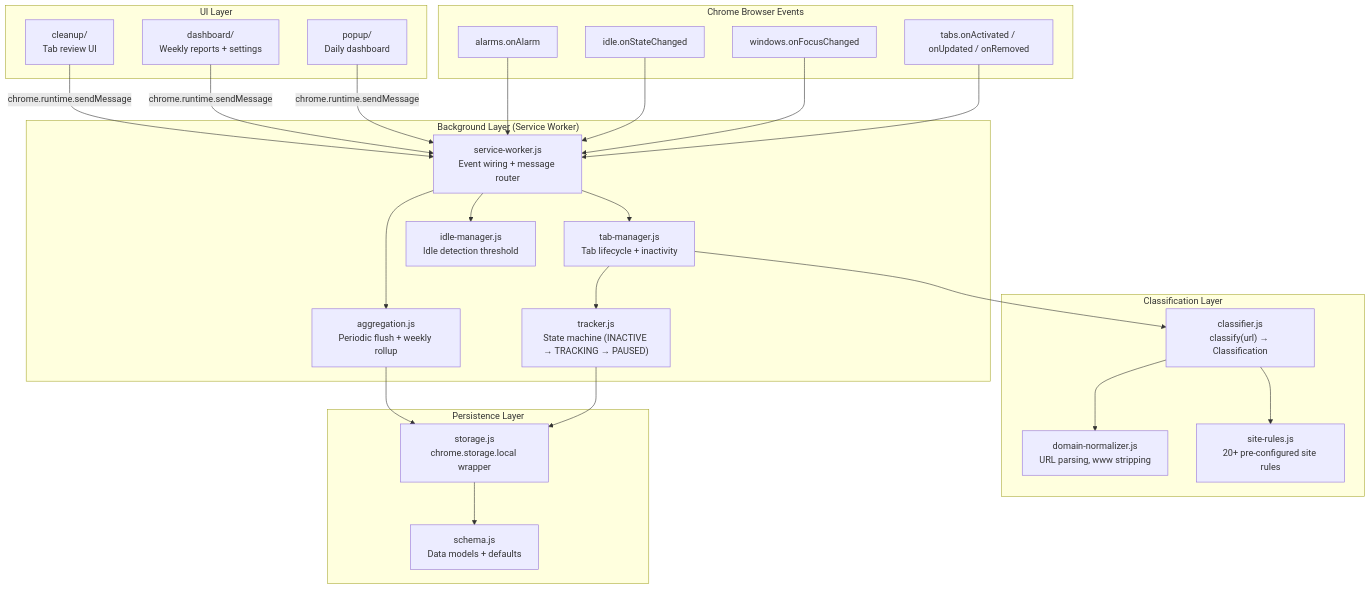
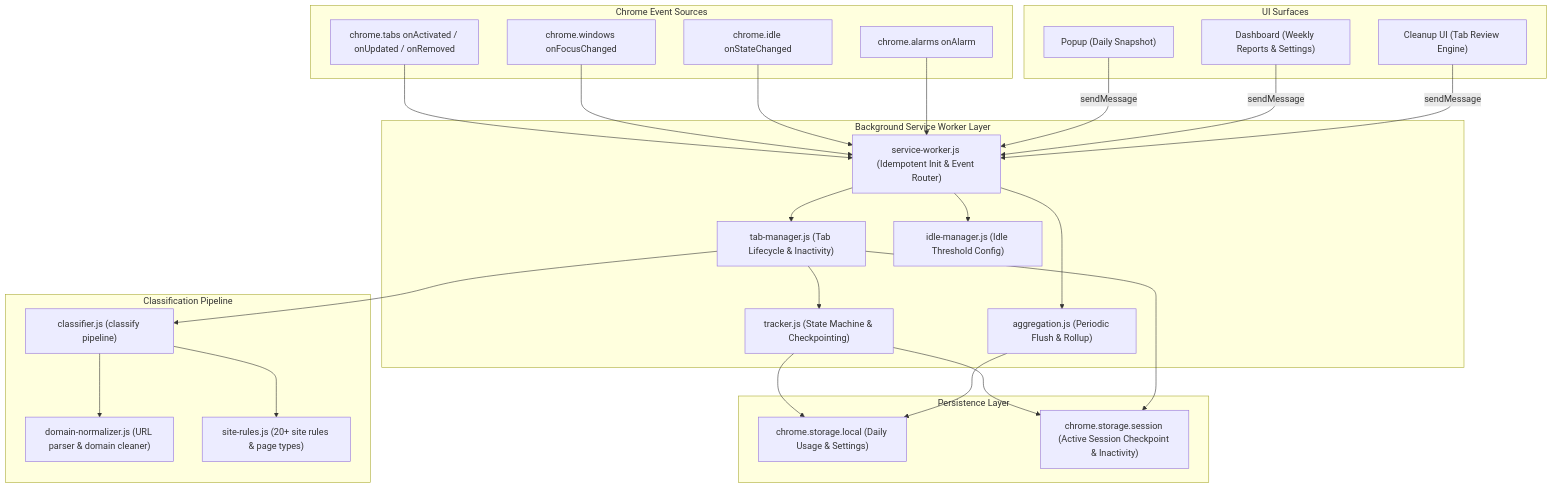
The first of 2 diagrams in README.md (Bhavadharani412/Web-Usage-Tracker), drawn with Mermaid before and after one commit. The commit also changed other lines of this file and 18 other files, not shown here.

Commit message:
feat: add web usage tracker extension with activity tracking, analytics dashboard, and cleanup tools

````diff
--- a/README.md
+++ b/README.md
@@ -177,56 +108,57 @@
 ```mermaid
 graph TD
-    subgraph "Chrome Browser Events"
-        TE["tabs.onActivated / onUpdated / onRemoved"]
-        WE["windows.onFocusChanged"]
-        IE["idle.onStateChanged"]
-        AE["alarms.onAlarm"]
+    subgraph BrowserEvents["Chrome Event Sources"]
+        BE_Tabs["chrome.tabs onActivated / onUpdated / onRemoved"]
+        BE_Win["chrome.windows onFocusChanged"]
+        BE_Idle["chrome.idle onStateChanged"]
+        BE_Alarm["chrome.alarms onAlarm"]
     end
 
-    subgraph "Background Layer (Service Worker)"
-        SW["service-worker.js<br/>Event wiring + message router"]
-        TM["tab-manager.js<br/>Tab lifecycle + inactivity"]
-        TR["tracker.js<br/>State machine (INACTIVE → TRACKING → PAUSED)"]
-        IM["idle-manager.js<br/>Idle detection threshold"]
-        AG["aggregation.js<br/>Periodic flush + weekly rollup"]
+    subgraph ServiceWorkerLayer["Background Service Worker Layer"]
+        SW["service-worker.js (Idempotent Init & Event Router)"]
+        TM["tab-manager.js (Tab Lifecycle & Inactivity)"]
+        TR["tracker.js (State Machine & Checkpointing)"]
+        IM["idle-manager.js (Idle Threshold Config)"]
+        AG["aggregation.js (Periodic Flush & Rollup)"]
     end
 
-    subgraph "Classification Layer"
-        CL["classifier.js<br/>classify(url) → Classification"]
-        DN["domain-normalizer.js<br/>URL parsing, www stripping"]
-        SR["site-rules.js<br/>20+ pre-configured site rules"]
+    subgraph ClassificationLayer["Classification Pipeline"]
+        CL["classifier.js (classify pipeline)"]
+        DN["domain-normalizer.js (URL parser & domain cleaner)"]
+        SR["site-rules.js (20+ site rules & page types)"]
     end
 
-    subgraph "Persistence Layer"
-        ST["storage.js<br/>chrome.storage.local wrapper"]
-        SC["schema.js<br/>Data models + defaults"]
+    subgraph StorageLayer["Persistence Layer"]
+        ST_Local["chrome.storage.local (Daily Usage & Settings)"]
+        ST_Session["chrome.storage.session (Active Session Checkpoint & Inactivity)"]
     end
 
-    subgraph "UI Layer"
-        PO["popup/<br/>Daily dashboard"]
-        DA["dashboard/<br/>Weekly reports + settings"]
-        CU["cleanup/<br/>Tab review UI"]
+    subgraph UILayer["UI Surfaces"]
+        POP["Popup (Daily Snapshot)"]
+        DASH["Dashboard (Weekly Reports & Settings)"]
+        CLEAN["Cleanup UI (Tab Review Engine)"]
     end
 
-    TE --> SW
-    WE --> SW
-    IE --> SW
-    AE --> SW
+    BE_Tabs --> SW
+    BE_Win --> SW
+    BE_Idle --> SW
+    BE_Alarm --> SW
 
     SW --> TM
     SW --> IM
     SW --> AG
 
     TM --> TR
     TM --> CL
     CL --> DN
     CL --> SR
 
-    TR --> ST
-    AG --> ST
-    ST --> SC
+    TR --> ST_Session
+    TR --> ST_Local
+    TM --> ST_Session
+    AG --> ST_Local
 
-    PO -- "chrome.runtime.sendMessage" --> SW
-    DA -- "chrome.runtime.sendMessage" --> SW
-    CU -- "chrome.runtime.sendMessage" --> SW
+    POP -- "sendMessage" --> SW
+    DASH -- "sendMessage" --> SW
+    CLEAN -- "sendMessage" --> SW
 ```
````
